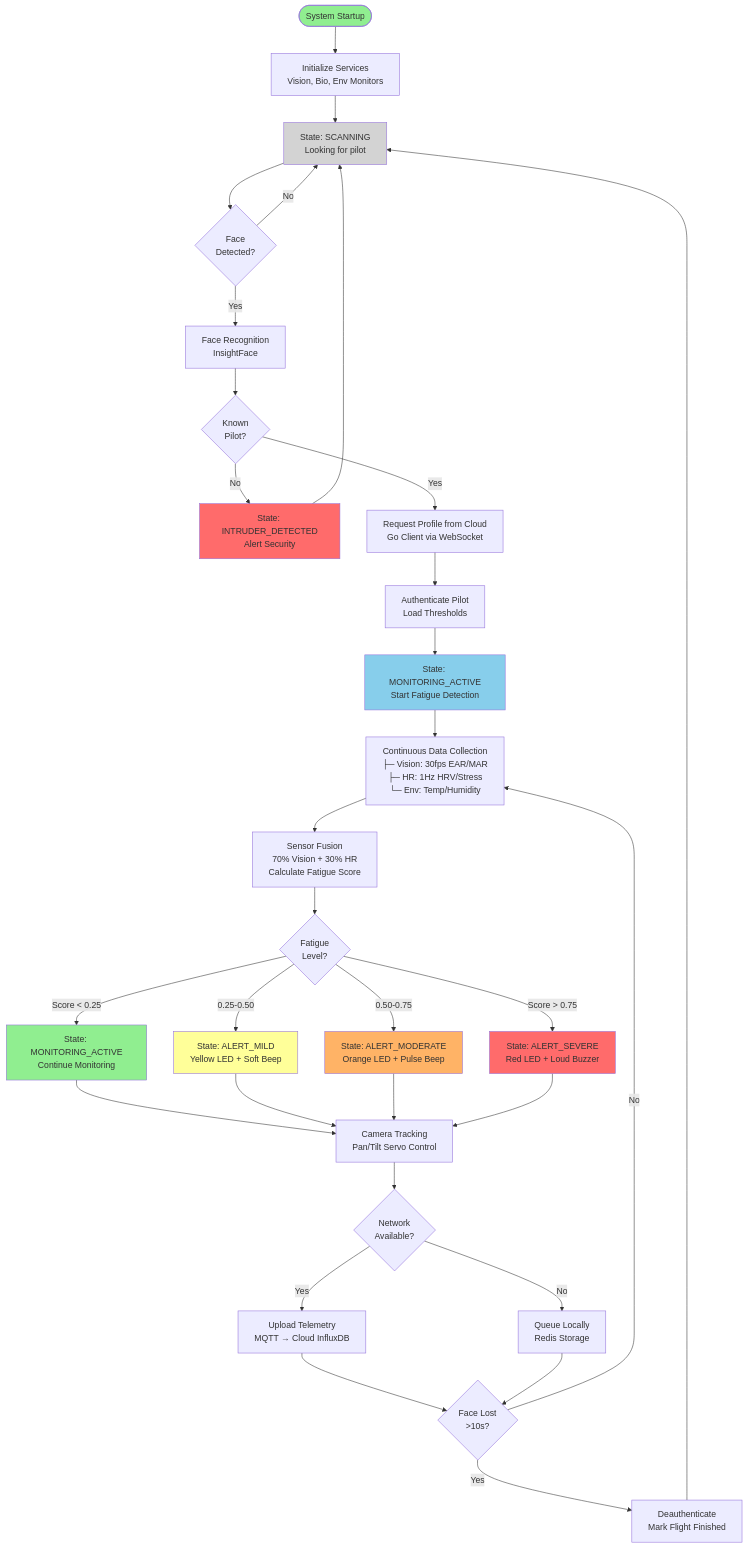
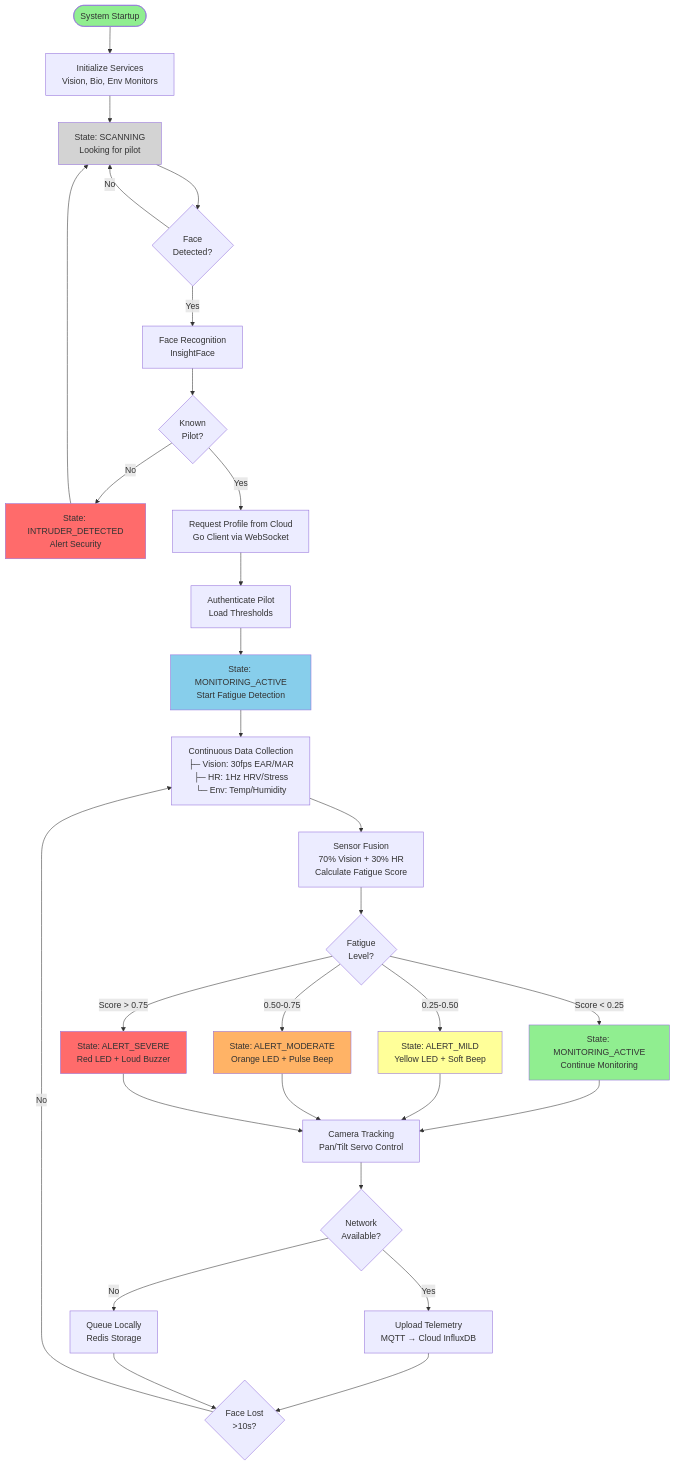
One commit to jeremiafourie/cogniflight-edge changed the third of 4 diagrams in docs/presentation-structure.md. Above: the diagram before and after it, drawn with Mermaid. The commit also changed other lines of this file, not shown here.

````diff
--- a/docs/presentation-structure.md
+++ b/docs/presentation-structure.md
@@ -168,56 +168,54 @@
 ```mermaid
 flowchart TD
     Start([System Startup]) --> Init[Initialize Services<br/>Vision, Bio, Env Monitors]
     Init --> Scanning[State: SCANNING<br/>Looking for pilot]
 
     Scanning --> FaceDetect{Face<br/>Detected?}
     FaceDetect -->|No| Scanning
     FaceDetect -->|Yes| Recognize[Face Recognition<br/>InsightFace]
 
     Recognize --> Known{Known<br/>Pilot?}
     Known -->|No| Intruder[State: INTRUDER_DETECTED<br/>Alert Security]
     Intruder --> Scanning
 
     Known -->|Yes| FetchProfile[Request Profile from Cloud<br/>Go Client via WebSocket]
     FetchProfile --> Authenticate[Authenticate Pilot<br/>Load Thresholds]
 
     Authenticate --> Monitor[State: MONITORING_ACTIVE<br/>Start Fatigue Detection]
 
     Monitor --> Collect[Continuous Data Collection<br/>├─ Vision: 30fps EAR/MAR<br/>├─ HR: 1Hz HRV/Stress<br/>└─ Env: Temp/Humidity]
 
     Collect --> Fusion[Sensor Fusion<br/>70% Vision + 30% HR<br/>Calculate Fatigue Score]
 
     Fusion --> Classify{Fatigue<br/>Level?}
 
     Classify -->|Score < 0.25| Active[State: MONITORING_ACTIVE<br/>Continue Monitoring]
     Classify -->|0.25-0.50| Mild[State: ALERT_MILD<br/>Yellow LED + Soft Beep]
     Classify -->|0.50-0.75| Moderate[State: ALERT_MODERATE<br/>Orange LED + Pulse Beep]
     Classify -->|Score > 0.75| Severe[State: ALERT_SEVERE<br/>Red LED + Loud Buzzer]
 
     Active --> Track
     Mild --> Track
     Moderate --> Track
     Severe --> Track
 
     Track[Camera Tracking<br/>Pan/Tilt Servo Control] --> Telemetry{Network<br/>Available?}
 
     Telemetry -->|Yes| Upload[Upload Telemetry<br/>MQTT → Cloud InfluxDB]
     Telemetry -->|No| Store[Queue Locally<br/>Redis Storage]
 
     Upload --> FaceLost
     Store --> FaceLost
 
     FaceLost{Face Lost<br/>>10s?}
     FaceLost -->|No| Collect
-    FaceLost -->|Yes| Deauth[Deauthenticate<br/>Mark Flight Finished]
-    Deauth --> Scanning
 
     style Start fill:#90EE90
     style Monitor fill:#87CEEB
     style Active fill:#90EE90
     style Mild fill:#FFFF99
     style Moderate fill:#FFB366
     style Severe fill:#FF6B6B
     style Intruder fill:#FF6B6B
     style Scanning fill:#D3D3D3
 ```
````
